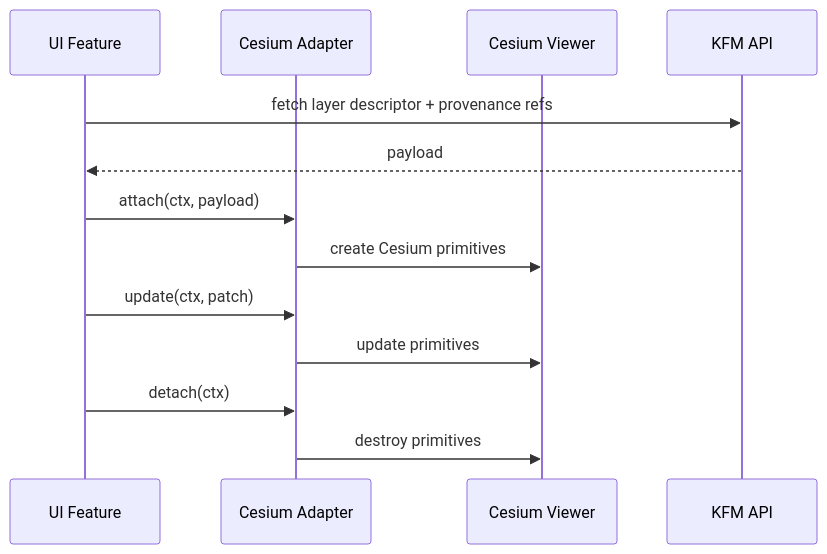
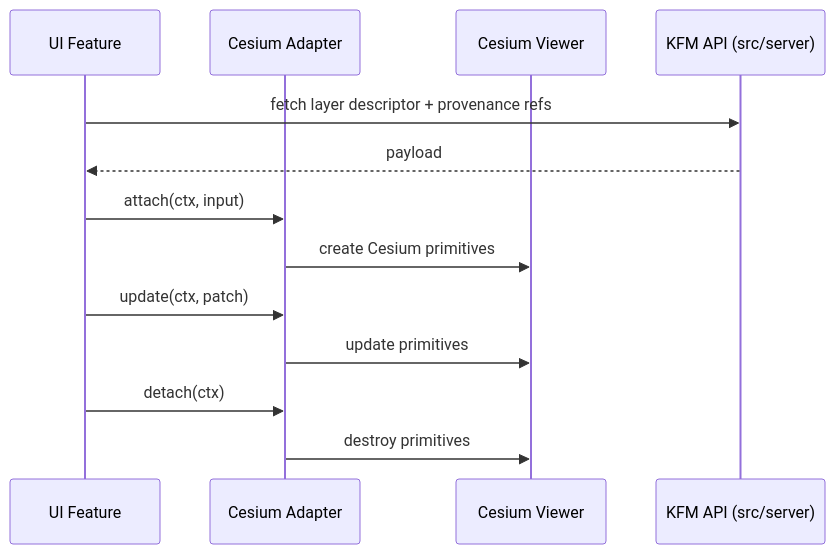
One commit to bartytime4life/Kansas-Frontier-Matrix changed the second of 2 diagrams in web/cesium/adapters/README.md. Above: the diagram before and after it, drawn with Mermaid. The commit also changed other lines of this file, not shown here.

```diff
--- a/web/cesium/adapters/README.md
+++ b/web/cesium/adapters/README.md
@@ -164,16 +211,16 @@
 ~~~mermaid
 sequenceDiagram
   participant Feature as UI Feature
   participant Adapter as Cesium Adapter
   participant Viewer as Cesium Viewer
-  participant API as KFM API
+  participant API as KFM API (src/server)
 
   Feature->>API: fetch layer descriptor + provenance refs
   API-->>Feature: payload
-  Feature->>Adapter: attach(ctx, payload)
+  Feature->>Adapter: attach(ctx, input)
   Adapter->>Viewer: create Cesium primitives
   Feature->>Adapter: update(ctx, patch)
   Adapter->>Viewer: update primitives
   Feature->>Adapter: detach(ctx)
   Adapter->>Viewer: destroy primitives
 ~~~
```
